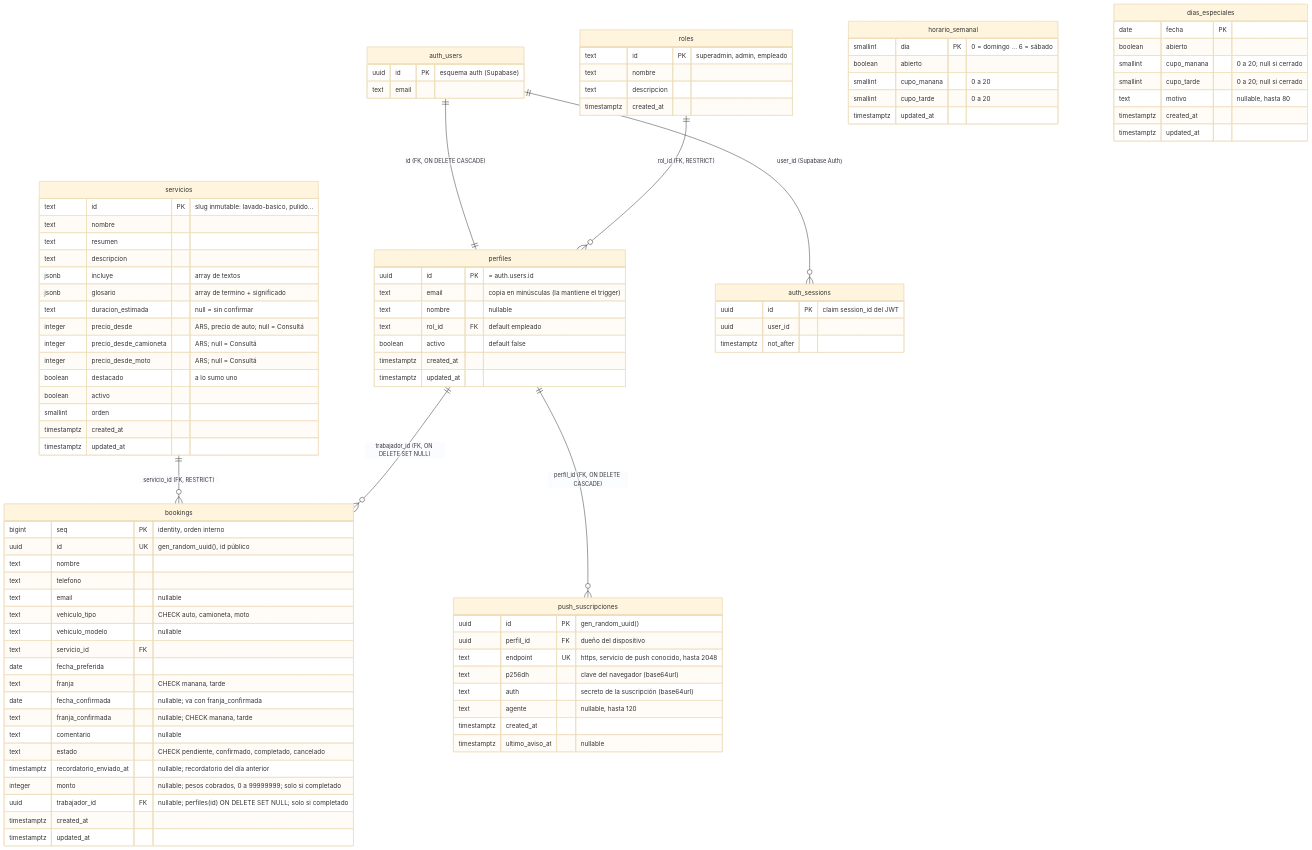
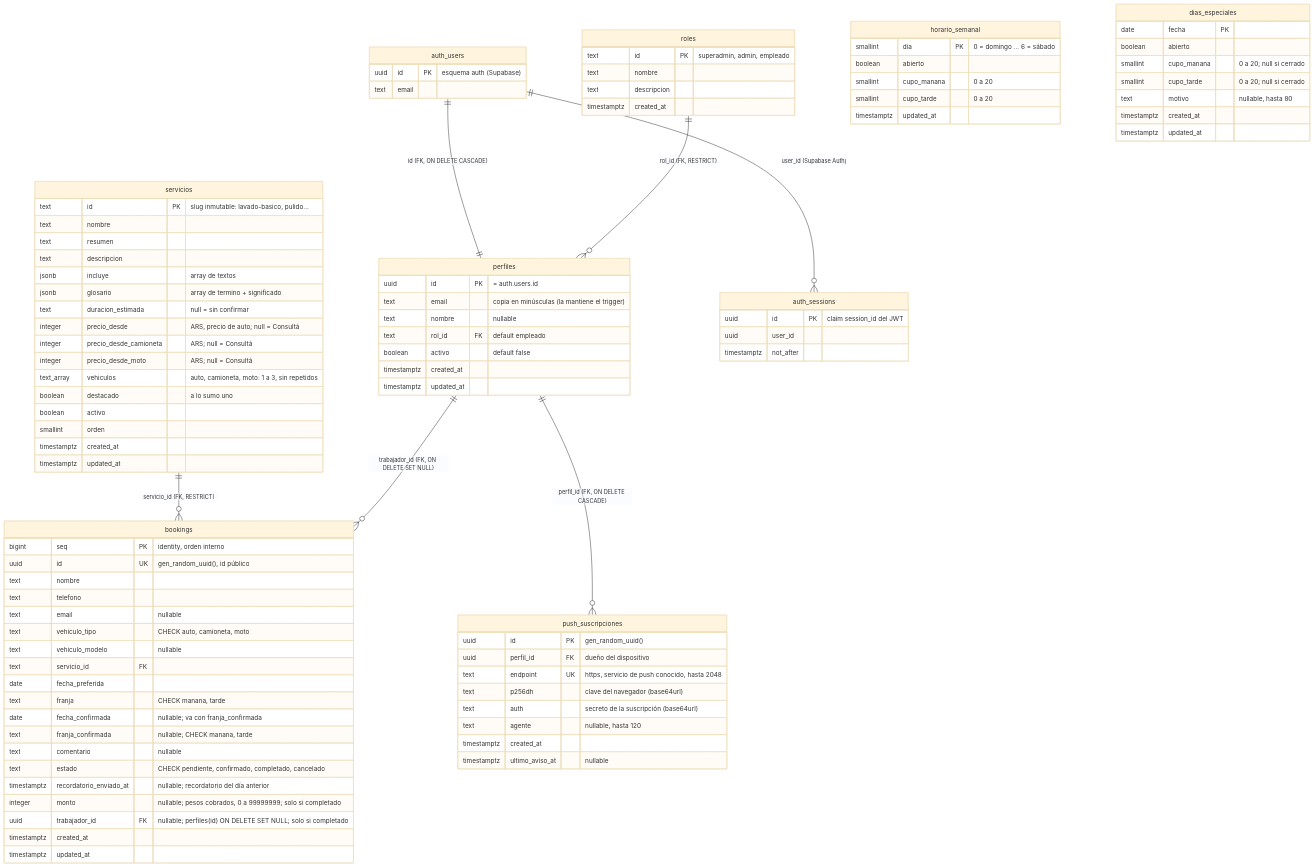
Before and after one commit to MateoGimenez/MgDetail: the diagram in backend/README.md, drawn with Mermaid (base theme). The commit also changed other lines of this file and 40 other files, not shown here.

```diff
--- a/backend/README.md
+++ b/backend/README.md
@@ -207,6 +207,7 @@
         integer precio_desde "ARS, precio de auto; null = Consultá"
         integer precio_desde_camioneta "ARS; null = Consultá"
         integer precio_desde_moto "ARS; null = Consultá"
+        text_array vehiculos "auto, camioneta, moto: 1 a 3, sin repetidos"
         boolean destacado "a lo sumo uno"
         boolean activo
         smallint orden
```
